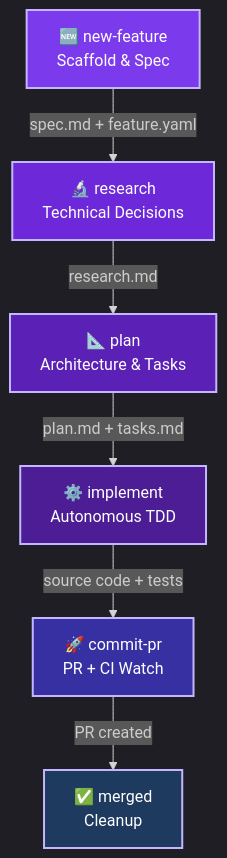
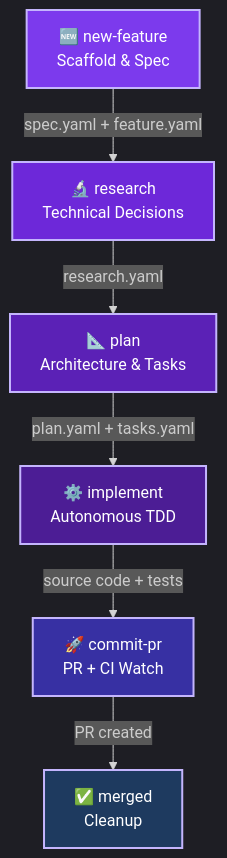
One commit to shep-ai/cli changed the first of 6 diagrams in docs/development/shep-kit-reference.md. Above: the diagram before and after it, drawn with Mermaid. The commit also changed other lines of this file and 11 other files, not shown here.

````diff
--- a/docs/development/shep-kit-reference.md
+++ b/docs/development/shep-kit-reference.md
@@ -9,23 +9,23 @@
 ```mermaid
 %%{init: {'theme': 'dark'}}%%
 flowchart TD
     NF["🆕 new-feature\nScaffold & Spec"]
     RS["🔬 research\nTechnical Decisions"]
     PL["📐 plan\nArchitecture & Tasks"]
     IM["⚙️ implement\nAutonomous TDD"]
     CP["🚀 commit-pr\nPR + CI Watch"]
     MG["✅ merged\nCleanup"]
 
-    NF -- "spec.md + feature.yaml" --> RS
-    RS -- "research.md" --> PL
-    PL -- "plan.md + tasks.md" --> IM
+    NF -- "spec.yaml + feature.yaml" --> RS
+    RS -- "research.yaml" --> PL
+    PL -- "plan.yaml + tasks.yaml" --> IM
     IM -- "source code + tests" --> CP
     CP -- "PR created" --> MG
 
     style NF fill:#7c3aed,stroke:#c4b5fd,color:#fff,stroke-width:2px
     style RS fill:#6d28d9,stroke:#c4b5fd,color:#fff,stroke-width:2px
     style PL fill:#5b21b6,stroke:#c4b5fd,color:#fff,stroke-width:2px
     style IM fill:#4c1d95,stroke:#c4b5fd,color:#fff,stroke-width:2px
     style CP fill:#3730a3,stroke:#c4b5fd,color:#fff,stroke-width:2px
     style MG fill:#1e3a5f,stroke:#c4b5fd,color:#fff,stroke-width:2px
 ```
````
